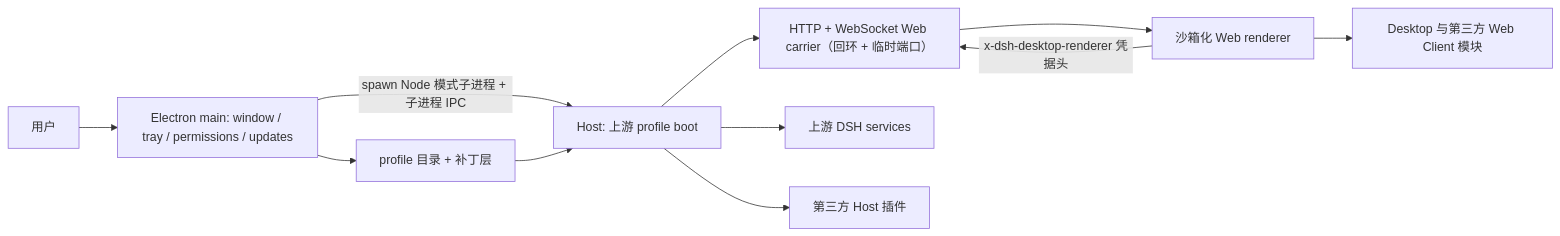
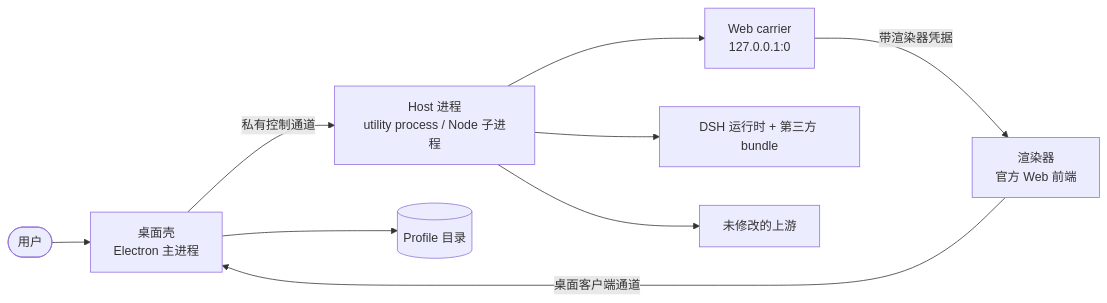
The diagram in docs/architecture.md (NoneadChina/Nonead-DSH-Desktop), drawn with Mermaid before and after one commit. The commit also changed other lines of this file and 33 other files, not shown here.

````diff
--- a/docs/architecture.md
+++ b/docs/architecture.md
@@ -12,13 +9,11 @@
 ```mermaid
 flowchart LR
-  User[用户] --> Shell[Electron main: window / tray / permissions / updates]
-  Shell -->|"spawn Node 模式子进程 + 子进程 IPC"| Host[Host: 上游 profile boot]
-  Shell --> Profile["profile 目录 + 补丁层"]
-  Profile --> Host
-  Host --> Carrier["HTTP + WebSocket Web carrier（回环 + 临时端口）"]
-  Carrier --> Renderer[沙箱化 Web renderer]
-  Host --> Upstream[上游 DSH services]
-  Host --> ThirdParty[第三方 Host 插件]
-  Renderer -->|"x-dsh-desktop-renderer 凭据头"| Carrier
-  Renderer --> ClientPlugins["Desktop 与第三方 Web Client 模块"]
+    User([用户]) --> Shell[桌面壳<br/>Electron 主进程]
+    Shell -- 私有控制通道 --> Host[Host 进程<br/>utility process / Node 子进程]
+    Host --> Carrier[Web carrier<br/>127.0.0.1:0]
+    Carrier -- 带渲染器凭据 --> Renderer[渲染器<br/>官方 Web 前端]
+    Renderer -- 桌面客户端通道 --> Shell
+    Shell --> Profile[(Profile 目录)]
+    Host --> Runtime[DSH 运行时 + 第三方 bundle]
+    Host --> Upstream[未修改的上游]
 ```
````
